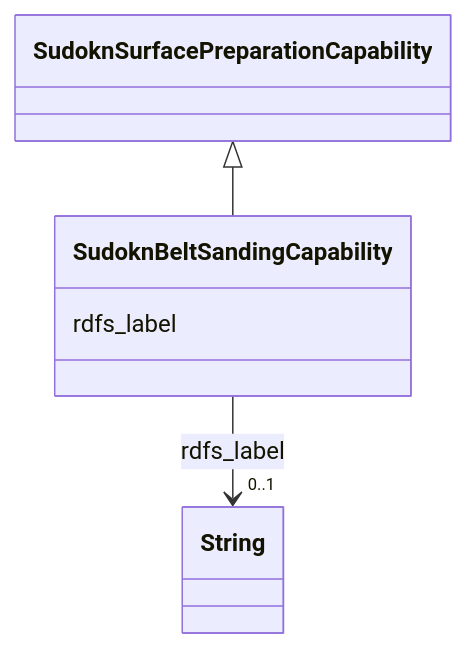
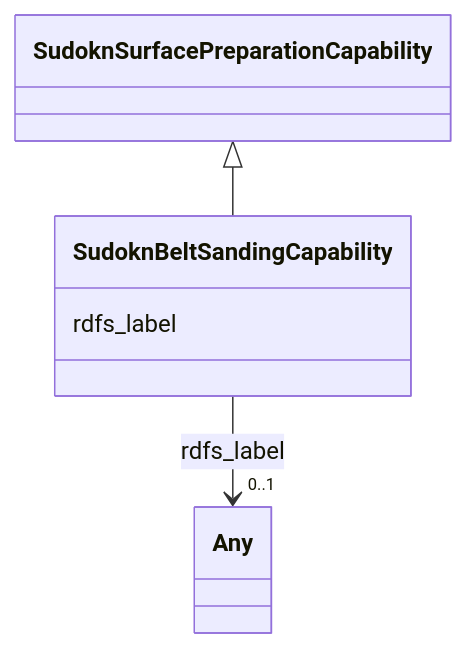
Before and after one commit to frink-okn/graph-descriptions: the diagram in sudokn-kg/classes/SudoknBeltSandingCapability.md, drawn with Mermaid. The commit also changed other lines of this file and 903 other files, not shown here.

````diff
--- a/sudokn-kg/classes/SudoknBeltSandingCapability.md
+++ b/sudokn-kg/classes/SudoknBeltSandingCapability.md
@@ -23,18 +16,18 @@
 ```mermaid
  classDiagram
     class SudoknBeltSandingCapability
     click SudoknBeltSandingCapability href "../SudoknBeltSandingCapability"
       SudoknSurfacePreparationCapability <|-- SudoknBeltSandingCapability
         click SudoknSurfacePreparationCapability href "../SudoknSurfacePreparationCapability"
       
       SudoknBeltSandingCapability : rdfs_label
         
           
     
     
-    SudoknBeltSandingCapability --> "0..1" String : rdfs_label
-    click String href "../String"
+    SudoknBeltSandingCapability --> "0..1" Any : rdfs_label
+    click Any href "../Any"
 
         
       
 ```
````
